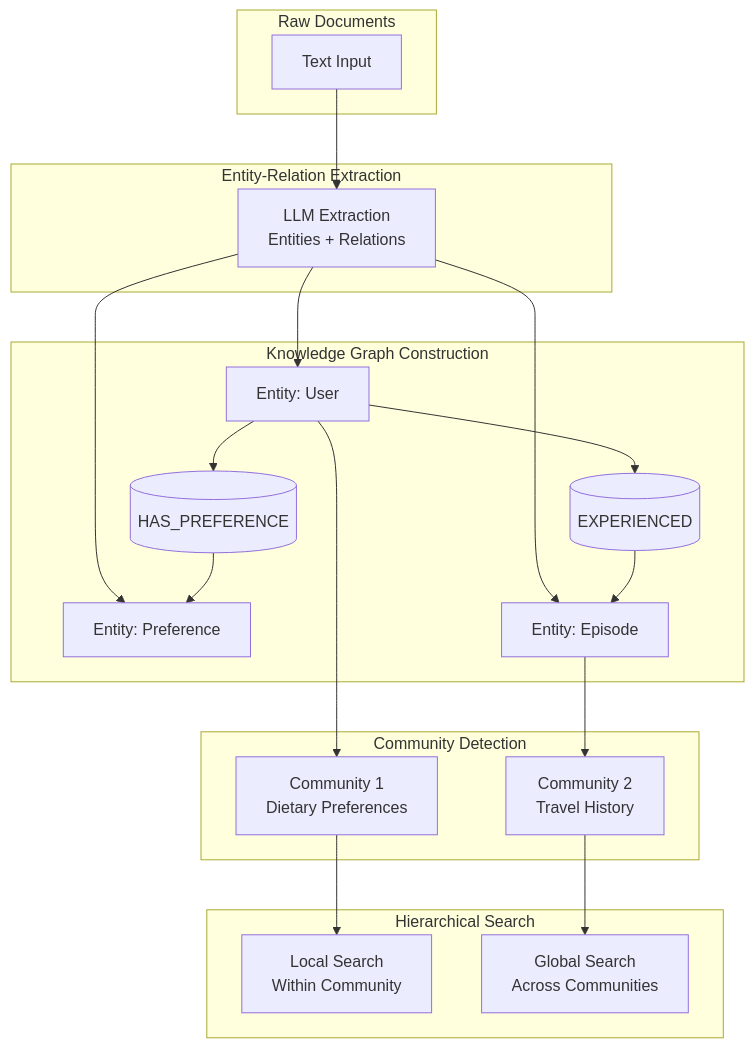
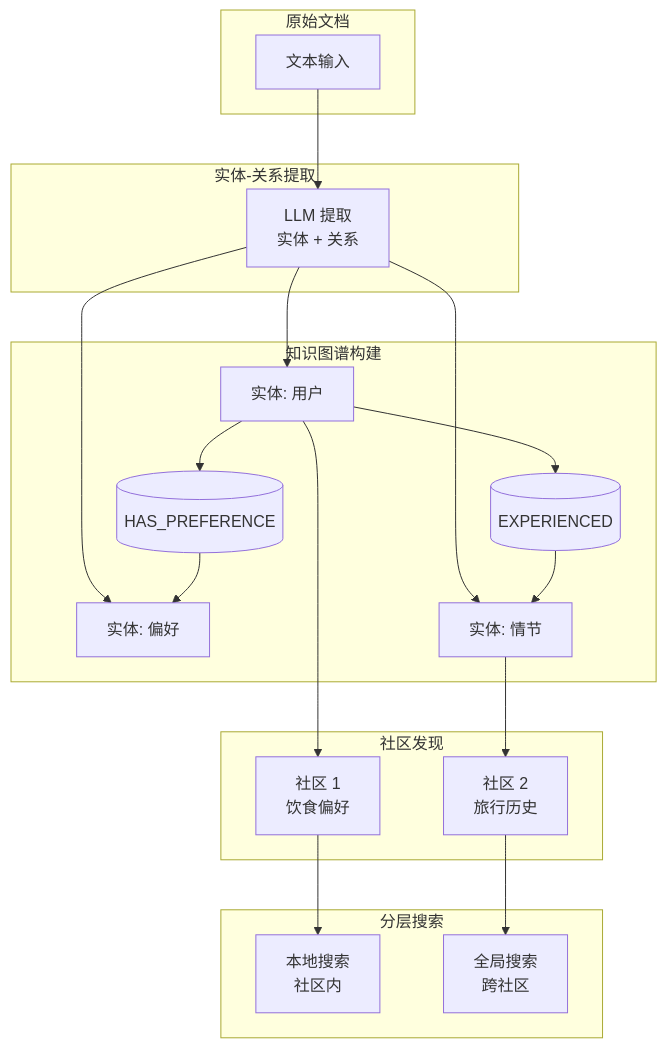
Before and after one commit to YiWang24/AiDIY: the fifth of 8 diagrams in i18n/zh-Hans/docusaurus-plugin-content-docs/current/ai/agents/architecture.mdx, drawn with Mermaid. The commit also changed other lines of this file and 59 other files, not shown here.

````diff
--- a/i18n/zh-Hans/docusaurus-plugin-content-docs/current/ai/agents/architecture.mdx
+++ b/i18n/zh-Hans/docusaurus-plugin-content-docs/current/ai/agents/architecture.mdx
@@ -569,41 +569,41 @@
 ```mermaid
 flowchart TB
-    subgraph Input["Raw Documents"]
-        D[Text Input]
+    subgraph Input["原始文档"]
+        D[文本输入]
     end
 
-    subgraph Extraction["Entity-Relation Extraction"]
-        LLM[LLM Extraction<br/>Entities + Relations]
+    subgraph Extraction["实体-关系提取"]
+        LLM[LLM 提取<br/>实体 + 关系]
     end
 
-    subgraph Graph["Knowledge Graph Construction"]
-        E1[Entity: User]
-        E2[Entity: Preference]
-        E3[Entity: Episode]
+    subgraph Graph["知识图谱构建"]
+        E1[实体: 用户]
+        E2[实体: 偏好]
+        E3[实体: 情节]
         R1[(HAS_PREFERENCE)]
         R2[(EXPERIENCED)]
     end
 
-    subgraph Community["Community Detection"]
-        C1[Community 1<br/>Dietary Preferences]
-        C2[Community 2<br/>Travel History]
+    subgraph Community["社区发现"]
+        C1[社区 1<br/>饮食偏好]
+        C2[社区 2<br/>旅行历史]
     end
 
-    subgraph Search["Hierarchical Search"]
-        LS[Local Search<br/>Within Community]
-        GS[Global Search<br/>Across Communities]
+    subgraph Search["分层搜索"]
+        LS[本地搜索<br/>社区内]
+        GS[全局搜索<br/>跨社区]
     end
 
     D --> LLM
     LLM --> E1
     LLM --> E2
     LLM --> E3
     E1 --> R1 --> E2
     E1 --> R2 --> E3
 
     E1 --> C1
     E3 --> C2
 
     C1 --> LS
     C2 --> GS
 ```
````
